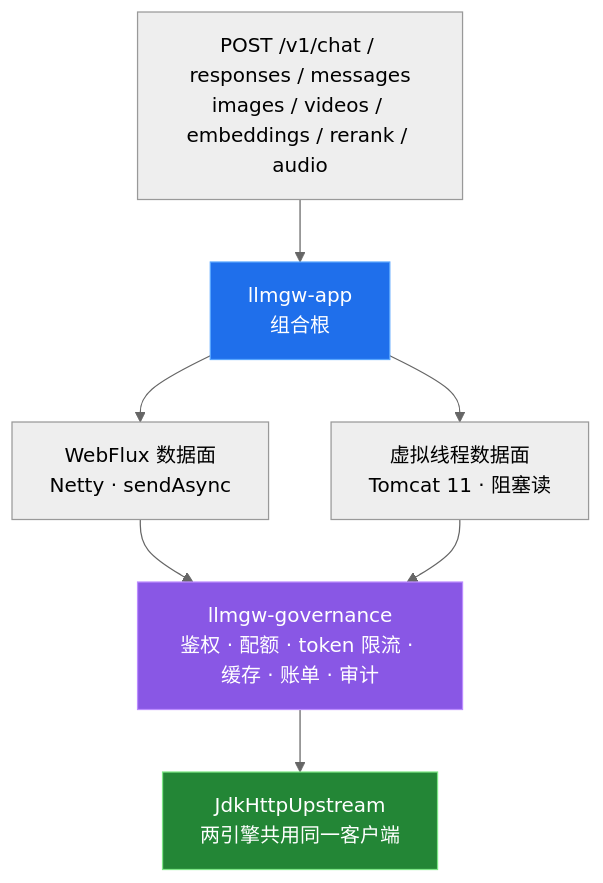
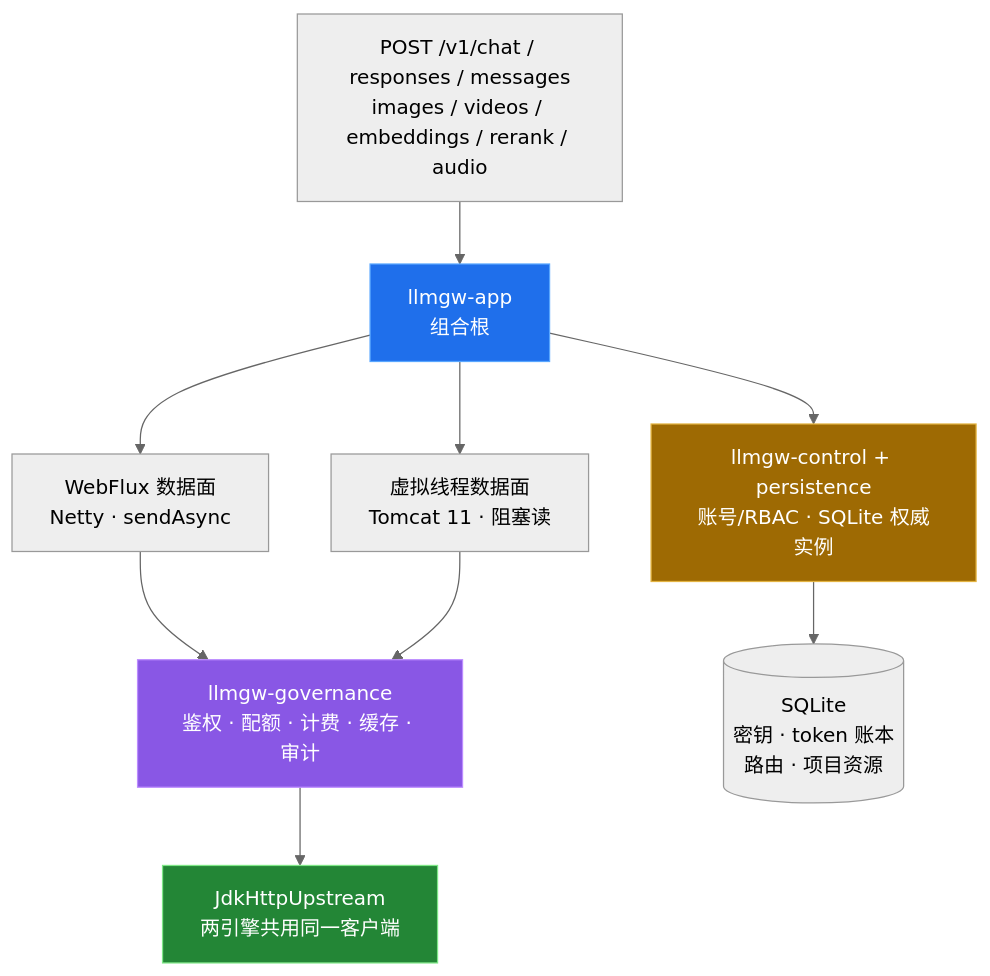
The second of 15 diagrams in README.md (leohou0430/my-ai-stack), drawn with Mermaid (neutral theme) before and after one commit. The commit also changed other lines of this file and 3 other files, not shown here.

First line of the commit message:
docs: refresh project facts and rebrand architecture diagram to Kinloop

````diff
--- a/README.md
+++ b/README.md
@@ -114,12 +115,15 @@
 ```mermaid
 graph TB
     Req["POST /v1/chat / responses / messages<br/>images / videos / embeddings / rerank / audio"] --> App["llmgw-app<br/>组合根"]
     App --> E1["WebFlux 数据面<br/>Netty · sendAsync"]
     App --> E2["虚拟线程数据面<br/>Tomcat 11 · 阻塞读"]
-    E1 --> Gov["llmgw-governance<br/>鉴权 · 配额 · token 限流 · 缓存 · 账单 · 审计"]
+    E1 --> Gov["llmgw-governance<br/>鉴权 · 配额 · 计费 · 缓存 · 审计"]
     E2 --> Gov
     Gov --> Up["JdkHttpUpstream<br/>两引擎共用同一客户端"]
+    App --> Ctl["llmgw-control + persistence<br/>账号/RBAC · SQLite 权威实例"]
+    Ctl --> Store[("SQLite<br/>密钥 · token 账本<br/>路由 · 项目资源")]
     style App fill:#1f6feb,stroke:#58a6ff,color:#fff
     style Gov fill:#8957e5,stroke:#bc8cff,color:#fff
+    style Ctl fill:#9e6a03,stroke:#e3b341,color:#fff
     style Up fill:#238636,stroke:#7ee787,color:#fff
 ```
````
